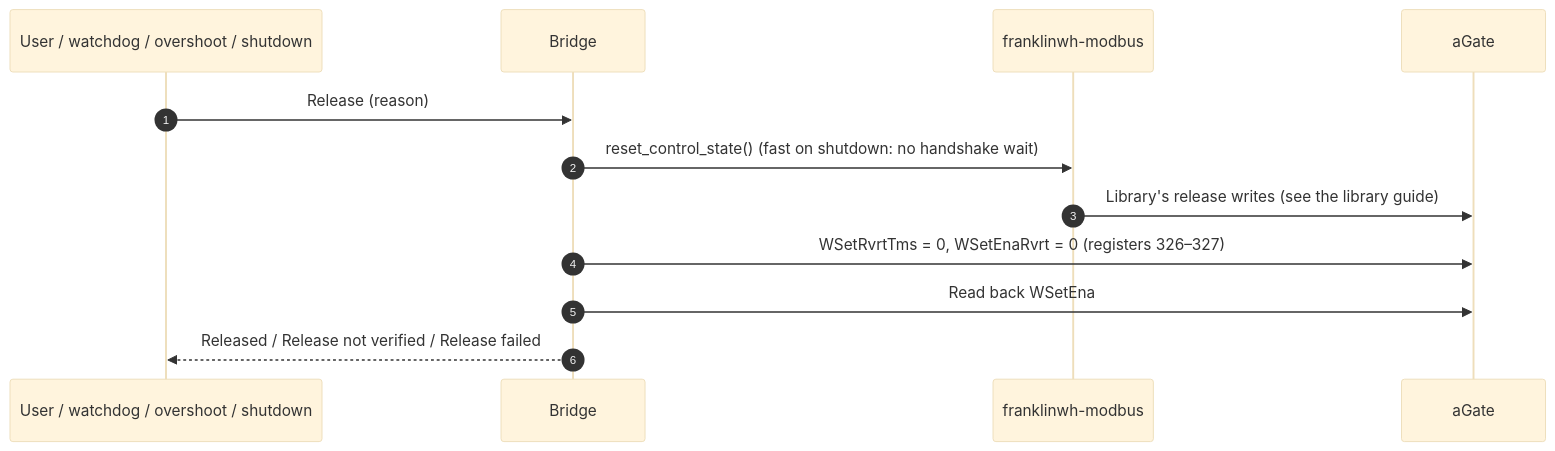
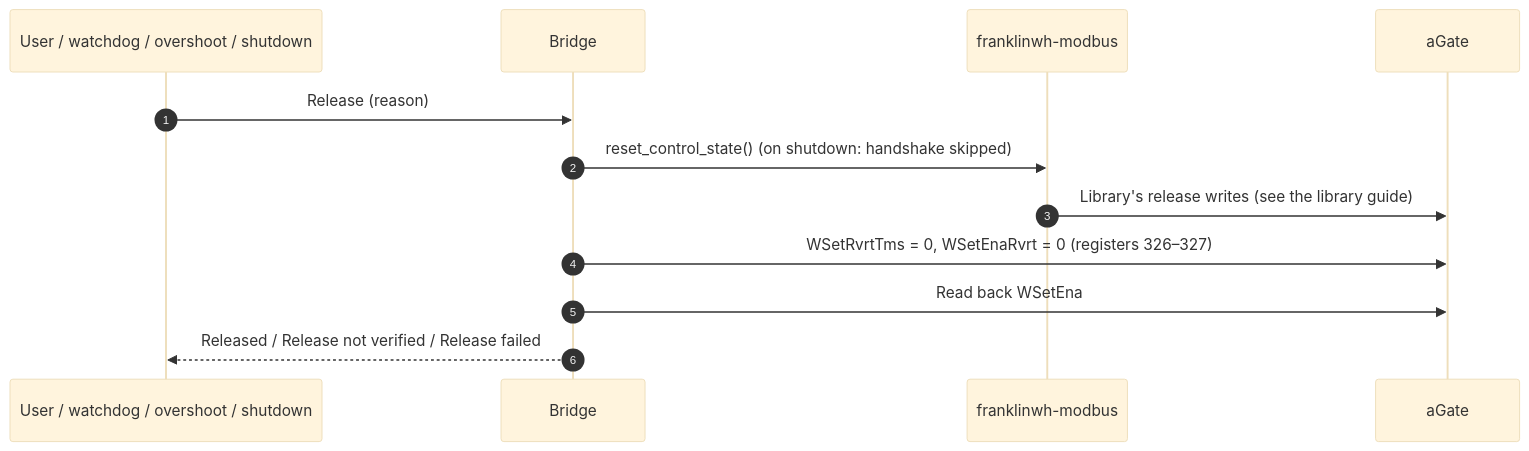
The second of 2 diagrams in docs/dev/battery-dispatch.md (david2069/franklinwh-modbus-bridge), drawn with Mermaid (base theme) before and after one commit. The commit also changed other lines of this file, not shown here.

First line of the commit message:
docs(dev): battery dispatch — library cross-check corrections (shutdown skips the handshake; release read-back in both layers; revert timer not counting)

````diff
--- a/docs/dev/battery-dispatch.md
+++ b/docs/dev/battery-dispatch.md
@@ -91,14 +91,14 @@
 ```mermaid
 sequenceDiagram
     autonumber
     participant U as User / watchdog / overshoot / shutdown
     participant B as Bridge
     participant L as franklinwh-modbus
     participant A as aGate
     U->>B: Release (reason)
-    B->>L: reset_control_state() (fast on shutdown: no handshake wait)
+    B->>L: reset_control_state() (on shutdown: handshake skipped)
     L->>A: Library's release writes (see the library guide)
     B->>A: WSetRvrtTms = 0, WSetEnaRvrt = 0 (registers 326–327)
     B->>A: Read back WSetEna
     B-->>U: Released / Release not verified / Release failed
 ```
````
